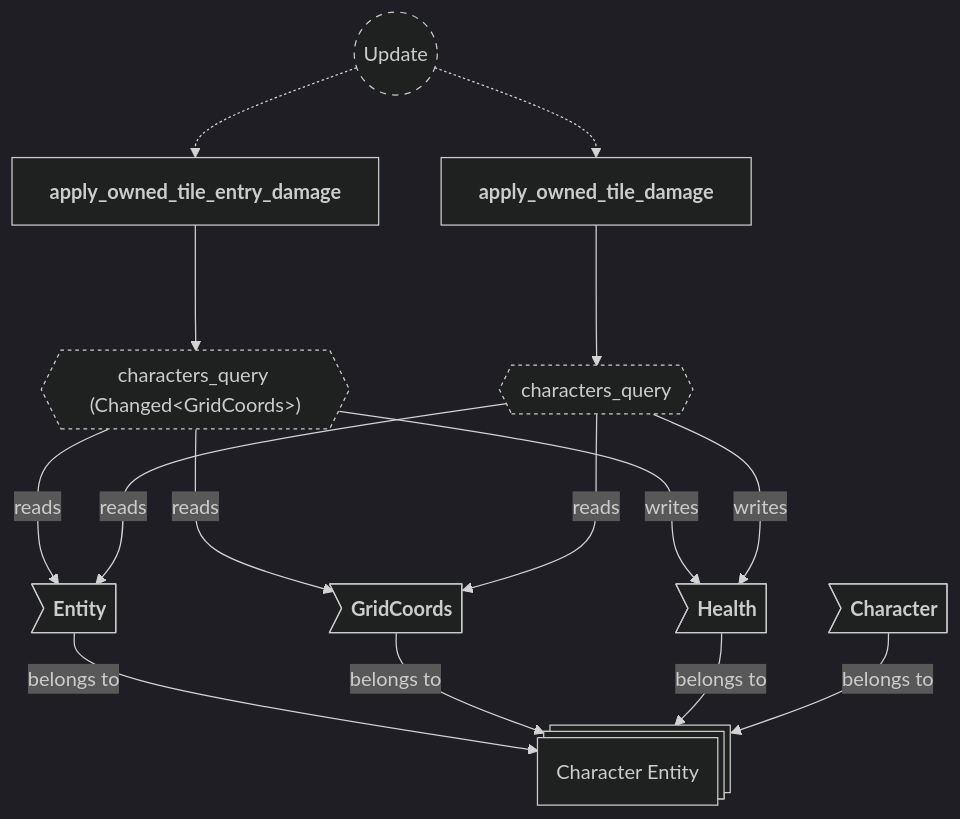
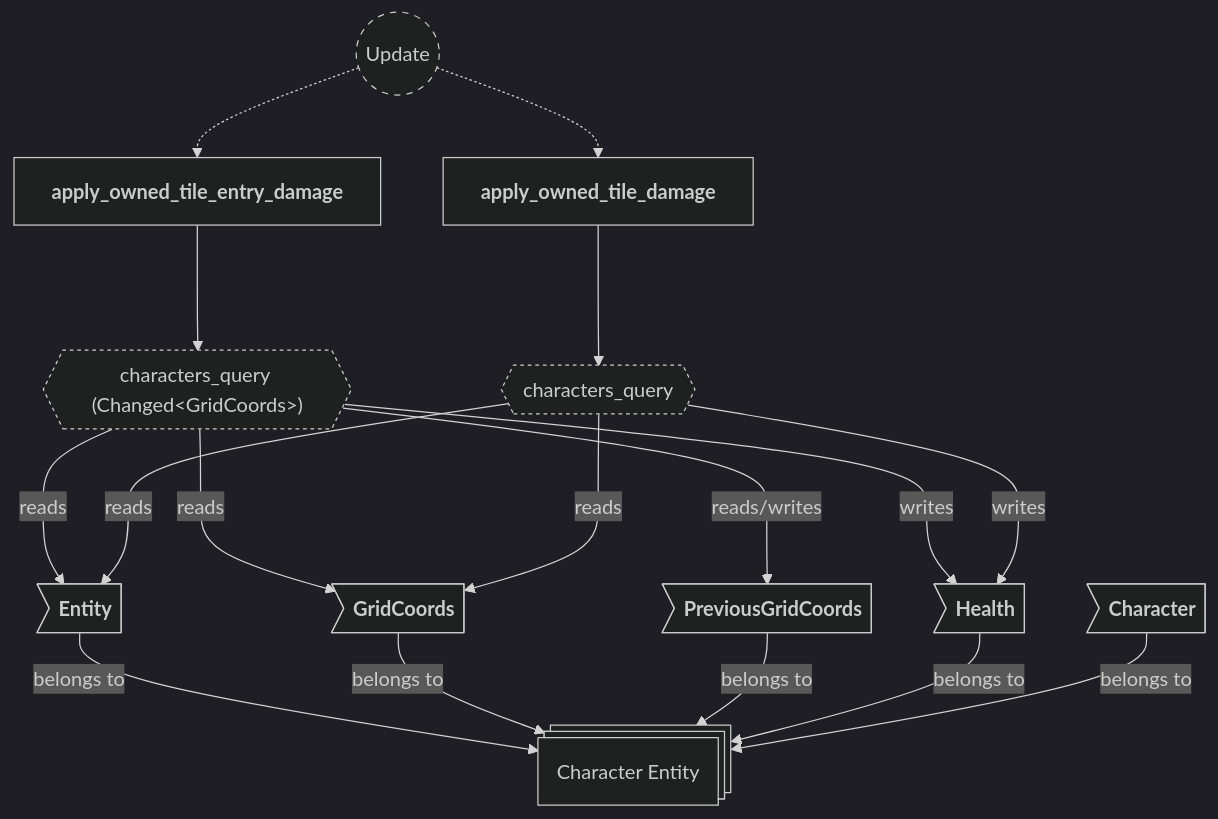
The third of 9 diagrams in backlog/docs/doc-11 - 009-Damage-plugin.md (neurosoup/tyled), drawn with Mermaid before and after one commit. The commit also changed other lines of this file and 1 other file, not shown here.

Commit message:
Feat: damage on tile entry using the previous grid position

````diff
--- a/backlog/docs/doc-11 - 009-Damage-plugin.md
+++ b/backlog/docs/doc-11 - 009-Damage-plugin.md
@@ -141,36 +144,38 @@
 ```mermaid
 ---
 config:
   theme: dark
 ---
 
 flowchart TD
 classDef system-group stroke-dasharray: 5 5
 classDef query stroke-dasharray: 3 3
 
 update(("`Update`")):::system-group
 apply_owned_tile_entry_damage["`**apply_owned_tile_entry_damage**`"]
 apply_owned_tile_damage["`**apply_owned_tile_damage**`"]
 
 update -.-> apply_owned_tile_entry_damage
 update -.-> apply_owned_tile_damage
 
 entry_characters_query{{"`characters_query (Changed#60;GridCoords#62;)`"}}:::query
 characters_query{{"`characters_query`"}}:::query
 apply_owned_tile_entry_damage ---> entry_characters_query
 apply_owned_tile_damage ---> characters_query
 
 character_entity@{ shape: st-rect, label: "Character Entity" }
 
 ce_entity>"`**Entity**`"] --> |belongs to| character_entity
 ce_coords>"`**GridCoords**`"] --> |belongs to| character_entity
+ce_prev>"`**PreviousGridCoords**`"] --> |belongs to| character_entity
 ce_health>"`**Health**`"] --> |belongs to| character_entity
 ce_character>"`**Character**`"] --> |belongs to| character_entity
 
 entry_characters_query ---> |reads| ce_entity
 entry_characters_query ---> |reads| ce_coords
+entry_characters_query ---> |reads/writes| ce_prev
 entry_characters_query ---> |writes| ce_health
 characters_query ---> |reads| ce_entity
 characters_query ---> |reads| ce_coords
 characters_query ---> |writes| ce_health
 ```
````
